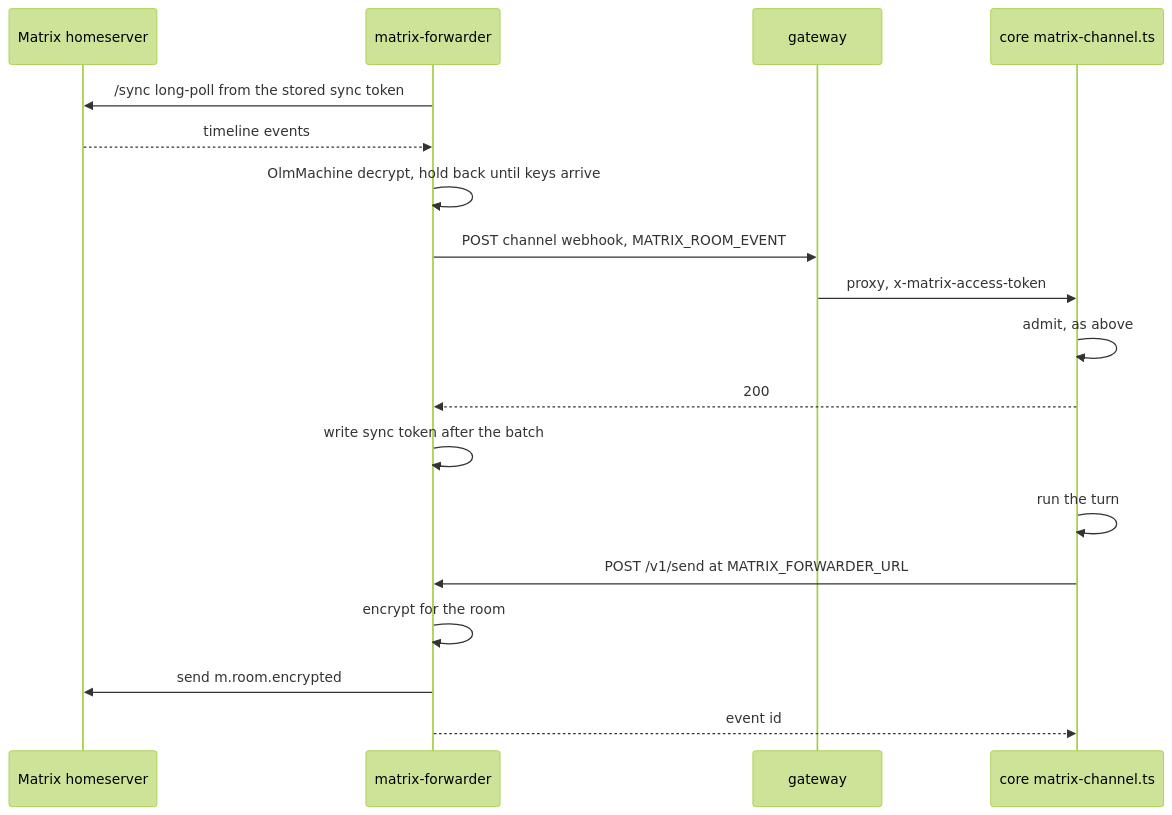
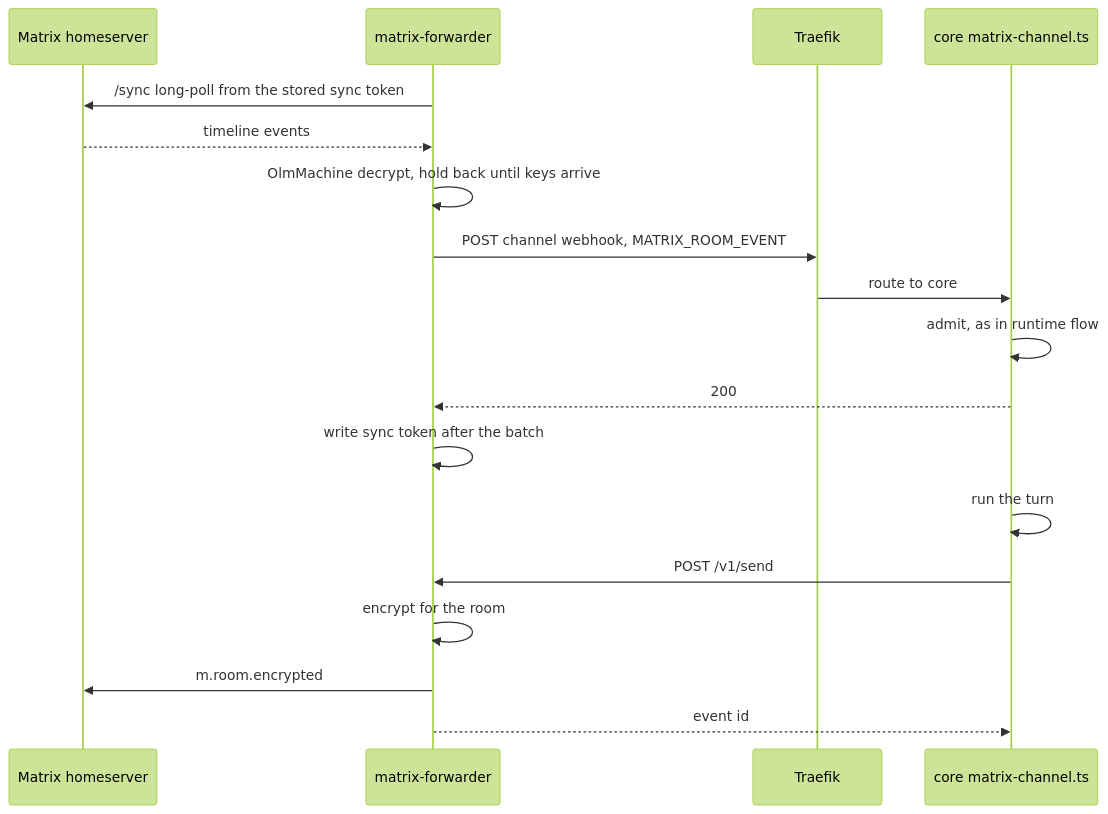
One commit to beeblastco/broods changed the sixth of 6 diagrams in apps/docs/docs/internals/channels.md. Above: the diagram before and after it, drawn with Mermaid (forest theme). The commit also changed other lines of this file and 13 other files, not shown here.

First line of the commit message:
docs(internals): diagram-first rewrite of the remaining internals pages

````diff
--- a/apps/docs/docs/internals/channels.md
+++ b/apps/docs/docs/internals/channels.md
@@ -276,21 +245,21 @@
 ```mermaid
 sequenceDiagram
   participant HS as Matrix homeserver
   participant F as matrix-forwarder
-  participant G as gateway
+  participant T as Traefik
   participant C as core matrix-channel.ts
 
   F->>HS: /sync long-poll from the stored sync token
   HS-->>F: timeline events
   F->>F: OlmMachine decrypt, hold back until keys arrive
-  F->>G: POST channel webhook, MATRIX_ROOM_EVENT
-  G->>C: proxy, x-matrix-access-token
-  C->>C: admit, as above
+  F->>T: POST channel webhook, MATRIX_ROOM_EVENT
+  T->>C: route to core
+  C->>C: admit, as in runtime flow
   C-->>F: 200
   F->>F: write sync token after the batch
   C->>C: run the turn
-  C->>F: POST /v1/send at MATRIX_FORWARDER_URL
+  C->>F: POST /v1/send
   F->>F: encrypt for the room
-  F->>HS: send m.room.encrypted
+  F->>HS: m.room.encrypted
   F-->>C: event id
 ```
````
